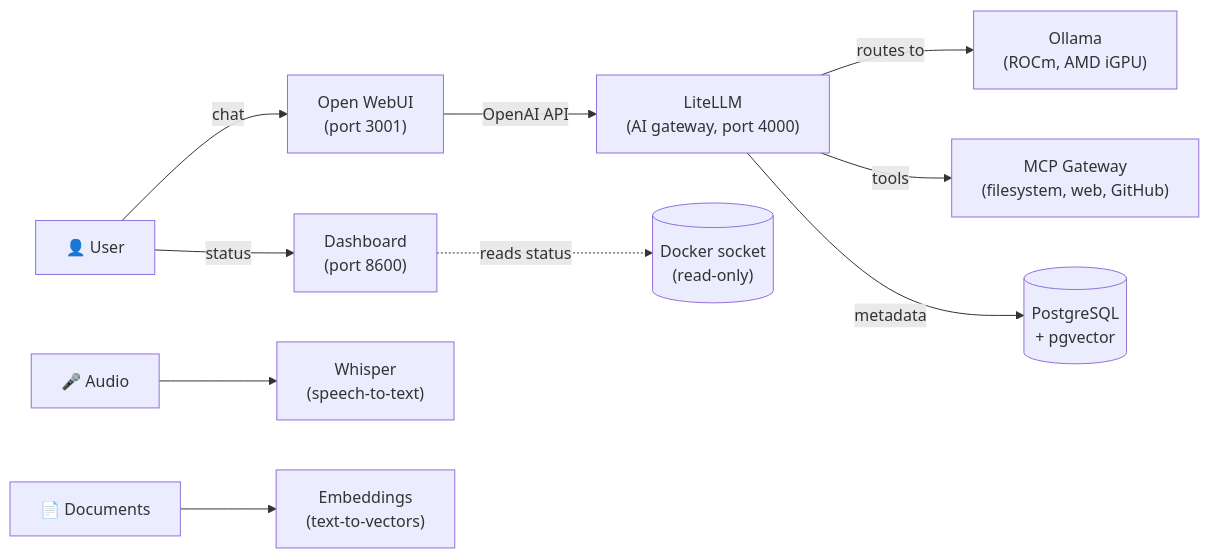
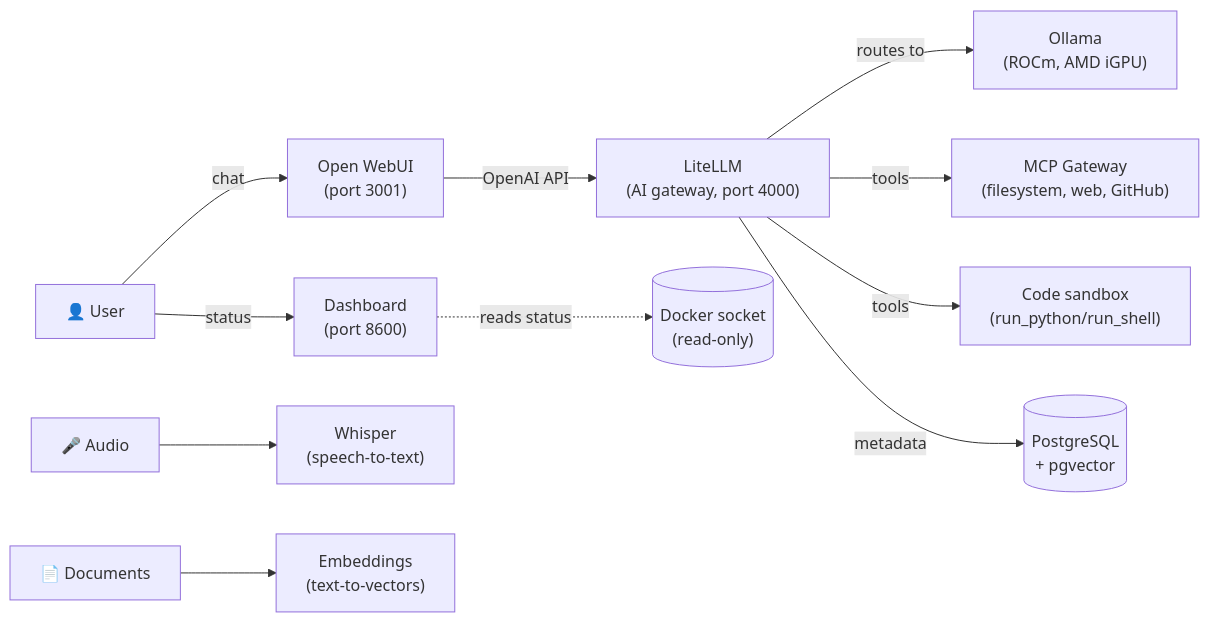
The first of 2 diagrams in README-en.md (derBerliner1983/self-hosted-llm-stack), drawn with Mermaid before and after one commit. The commit also changed other lines of this file and 10 other files, not shown here.

````diff
--- a/README-en.md
+++ b/README-en.md
@@ -84,12 +84,13 @@
 ```mermaid
 graph LR
     U["👤 User"] -->|chat| W["Open WebUI<br/>(port 3001)"]
     U -->|status| DASH["Dashboard<br/>(port 8600)"]
     W -->|OpenAI API| L["LiteLLM<br/>(AI gateway, port 4000)"]
     L -->|routes to| O["Ollama<br/>(ROCm, AMD iGPU)"]
     L -->|tools| M["MCP Gateway<br/>(filesystem, web, GitHub)"]
+    L -->|tools| S["Code sandbox<br/>(run_python/run_shell)"]
     L -->|metadata| DB[("PostgreSQL<br/>+ pgvector")]
     A["🎤 Audio"] --> WH["Whisper<br/>(speech-to-text)"]
     D["📄 Documents"] --> E["Embeddings<br/>(text-to-vectors)"]
     DASH -.->|reads status| SOCK[("Docker socket<br/>(read-only)")]
 ```
````
